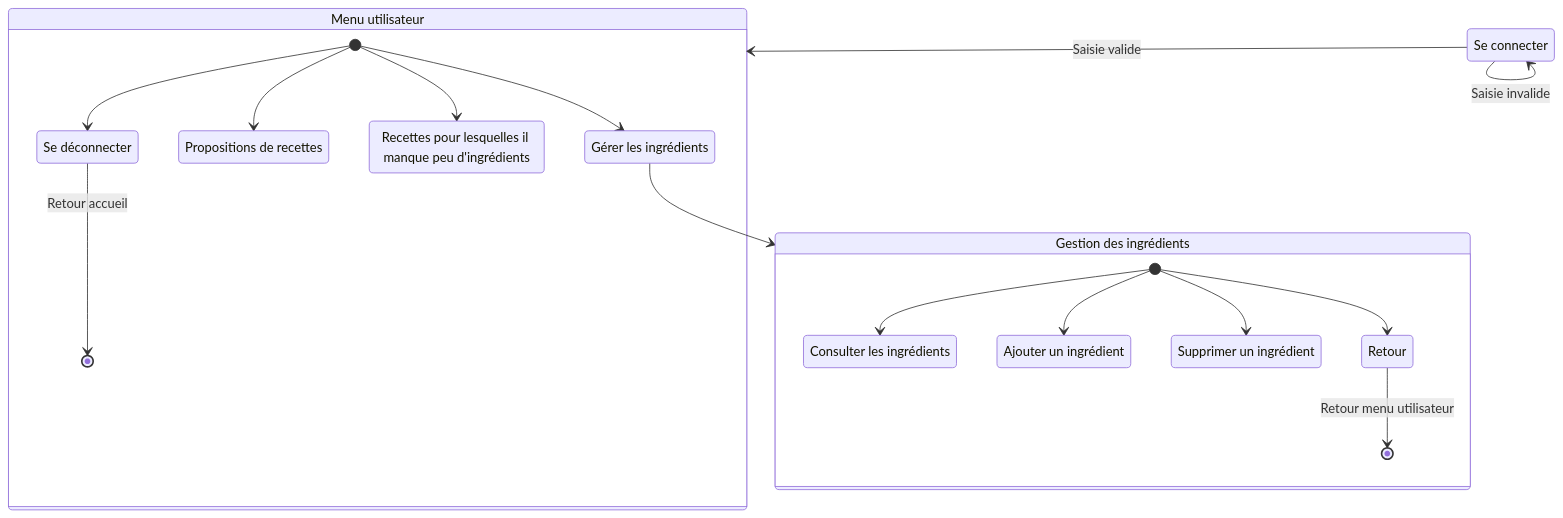
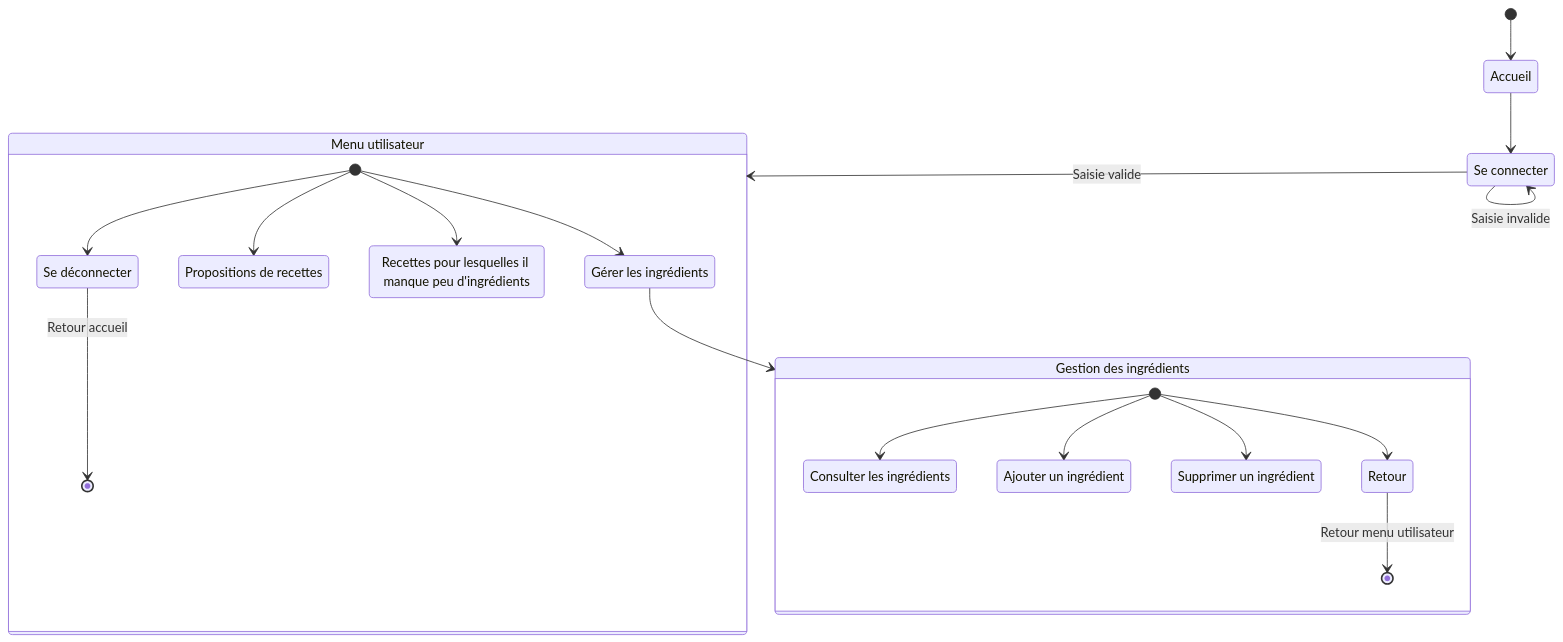
One commit to bbrunel/ENSAI-2A-projet-info changed the second of 2 diagrams in doc/diag_activites.md. Above: the diagram before and after it, drawn with Mermaid.

Commit message:
Accueil 2e diag act

````diff
--- a/doc/diag_activites.md
+++ b/doc/diag_activites.md
@@ -79,35 +79,39 @@
 ```mermaid
 stateDiagram
     login : Se connecter
     menu_utilisateur : Menu utilisateur
     menu_ingr : Gestion des ingrédients
     gerer_ingr : Gérer les ingrédients
     Consulter_les_ingrédients : Consulter les ingrédients
     Ajouter_un_ingrédient : Ajouter un ingrédient
     Supprimer_un_ingrédient : Supprimer un ingrédient
     recettes : Propositions de recettes
     rec_ingr_manquant : Recettes pour lesquelles il manque peu d'ingrédients
     logout : Se déconnecter
+    
+    [*] --> Accueil
+
+    Accueil --> login
     
     login --> menu_utilisateur: Saisie valide
     login --> login: Saisie invalide
 
     state menu_utilisateur {
     	[*] --> gerer_ingr
       [*] --> recettes
       [*] --> rec_ingr_manquant
     	[*] --> logout
       logout --> [*]:Retour accueil
     }
 
   gerer_ingr --> menu_ingr
 
     state menu_ingr {
       [*] --> Consulter_les_ingrédients
       [*] --> Ajouter_un_ingrédient
       [*] --> Supprimer_un_ingrédient
       [*] --> Retour
       Retour --> [*]: Retour menu utilisateur
         
     }
 ```
````
